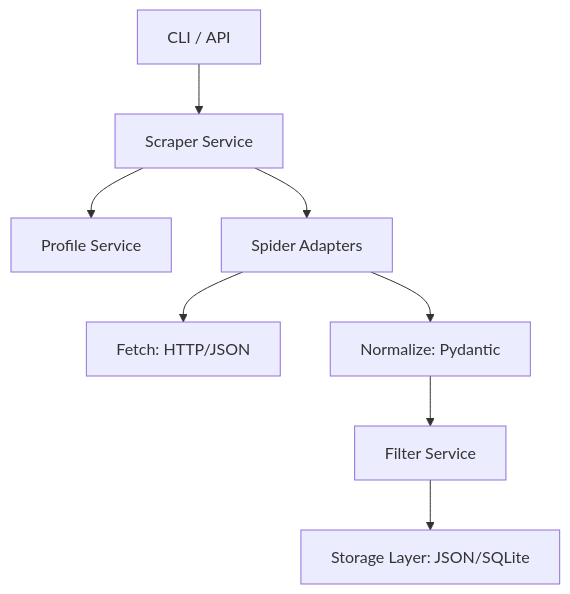
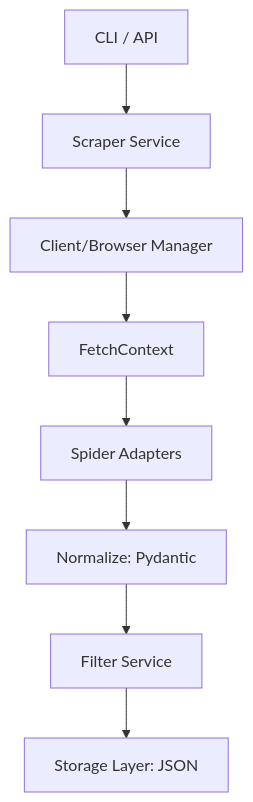
The diagram in README.md (nadavzhr/arachne), drawn with Mermaid before and after one commit. The commit also changed other lines of this file and 14 other files, not shown here.

Commit message:
refactor: centralize playwright management and introduce FetchContext for spiders

````diff
--- a/README.md
+++ b/README.md
@@ -87,10 +87,10 @@
 ```mermaid
 graph TD
     CLI[CLI / API] --> Scraper[Scraper Service]
-    Scraper --> Profile[Profile Service]
-    Scraper --> Spider[Spider Adapters]
-    Spider --> Fetch[Fetch: HTTP/JSON]
+    Scraper --> ClientMgr[Client/Browser Manager]
+    ClientMgr --> FetchCtx[FetchContext]
+    FetchCtx --> Spider[Spider Adapters]
     Spider --> Normalize[Normalize: Pydantic]
     Normalize --> Filter[Filter Service]
-    Filter --> Storage[Storage Layer: JSON/SQLite]
+    Filter --> Storage[Storage Layer: JSON]
 ```
````
